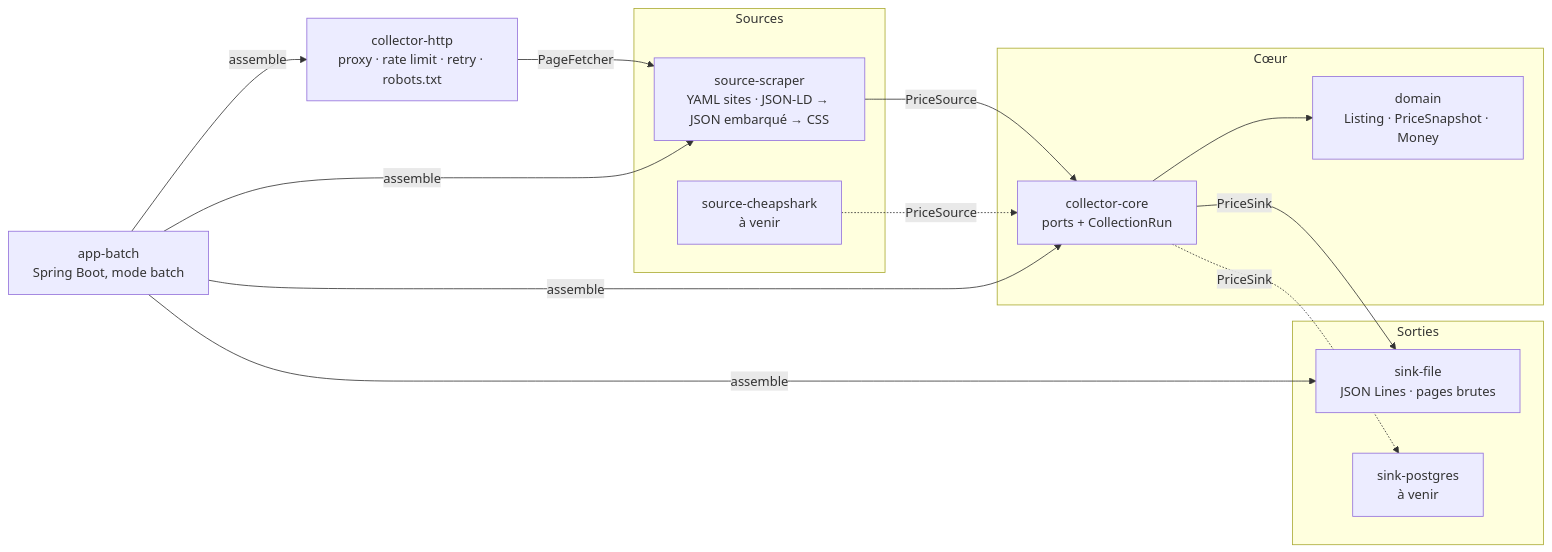
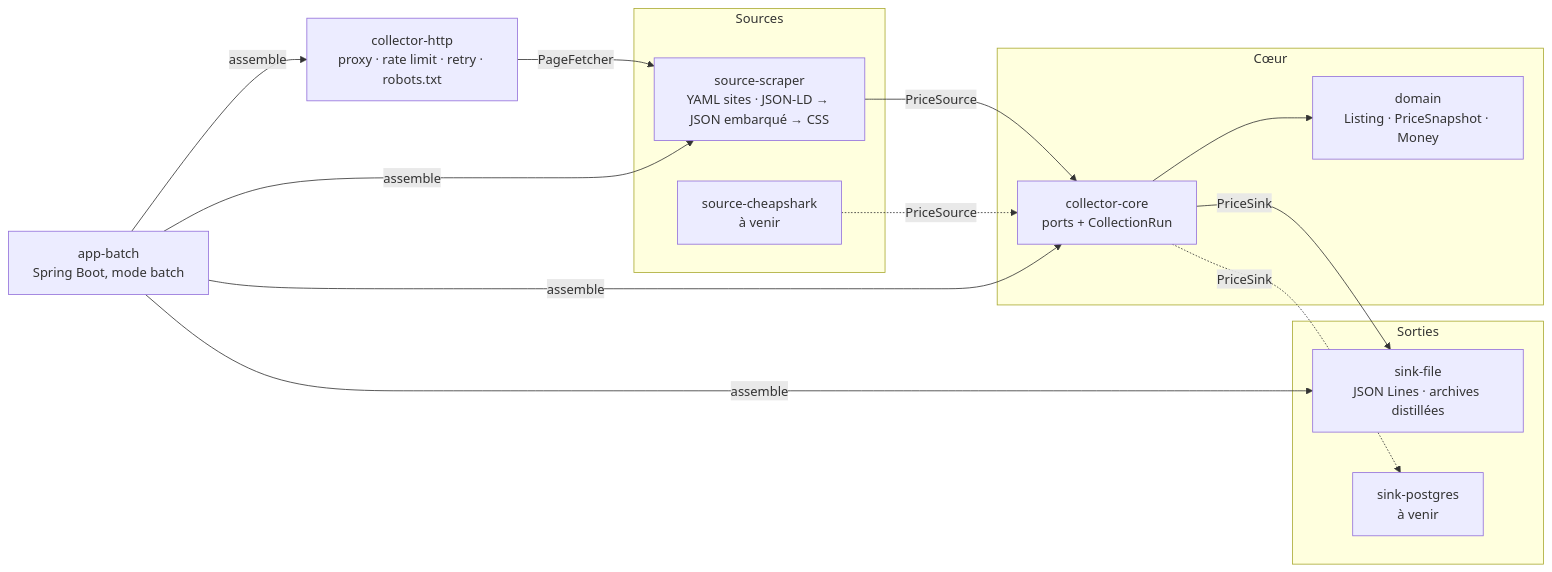
Before and after one commit to tom2824/pricing-intel: the diagram in README.md, drawn with Mermaid. The commit also changed other lines of this file and 19 other files, not shown here.

First line of the commit message:
Archives distillées (JSON embarqué + Markdown) et rétention des pages brutes

````diff
--- a/README.md
+++ b/README.md
@@ -18,25 +18,25 @@
 ```mermaid
 flowchart LR
     subgraph adapters_in [Sources]
         scraper[source-scraper<br/>YAML sites · JSON-LD → JSON embarqué → CSS]
         api[source-cheapshark<br/>à venir]
     end
     subgraph core [Cœur]
         domain[domain<br/>Listing · PriceSnapshot · Money]
         collector[collector-core<br/>ports + CollectionRun]
     end
     subgraph adapters_out [Sorties]
-        file[sink-file<br/>JSON Lines · pages brutes]
+        file[sink-file<br/>JSON Lines · archives distillées]
         pg[sink-postgres<br/>à venir]
     end
     http[collector-http<br/>proxy · rate limit · retry · robots.txt]
     batch[app-batch<br/>Spring Boot, mode batch]
 
     scraper -- PriceSource --> collector
     api -. PriceSource .-> collector
     http -- PageFetcher --> scraper
     collector -- PriceSink --> file
     collector -. PriceSink .-> pg
     collector --> domain
     batch -- assemble --> scraper & http & file & collector
 ```
````
